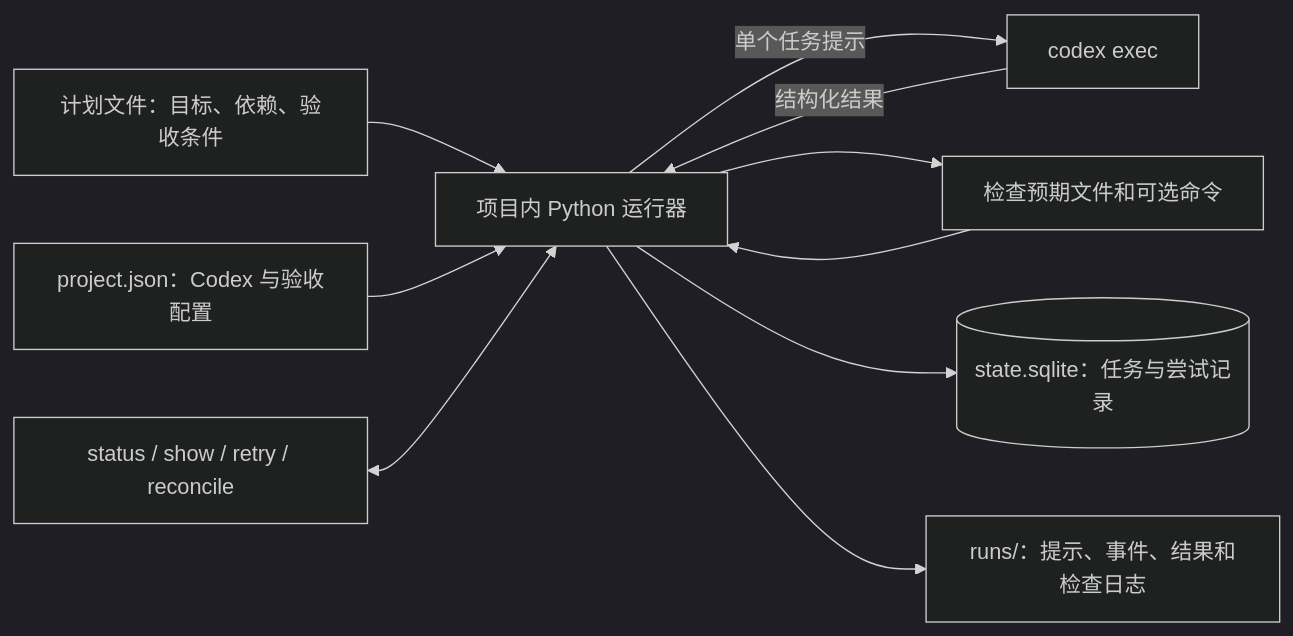
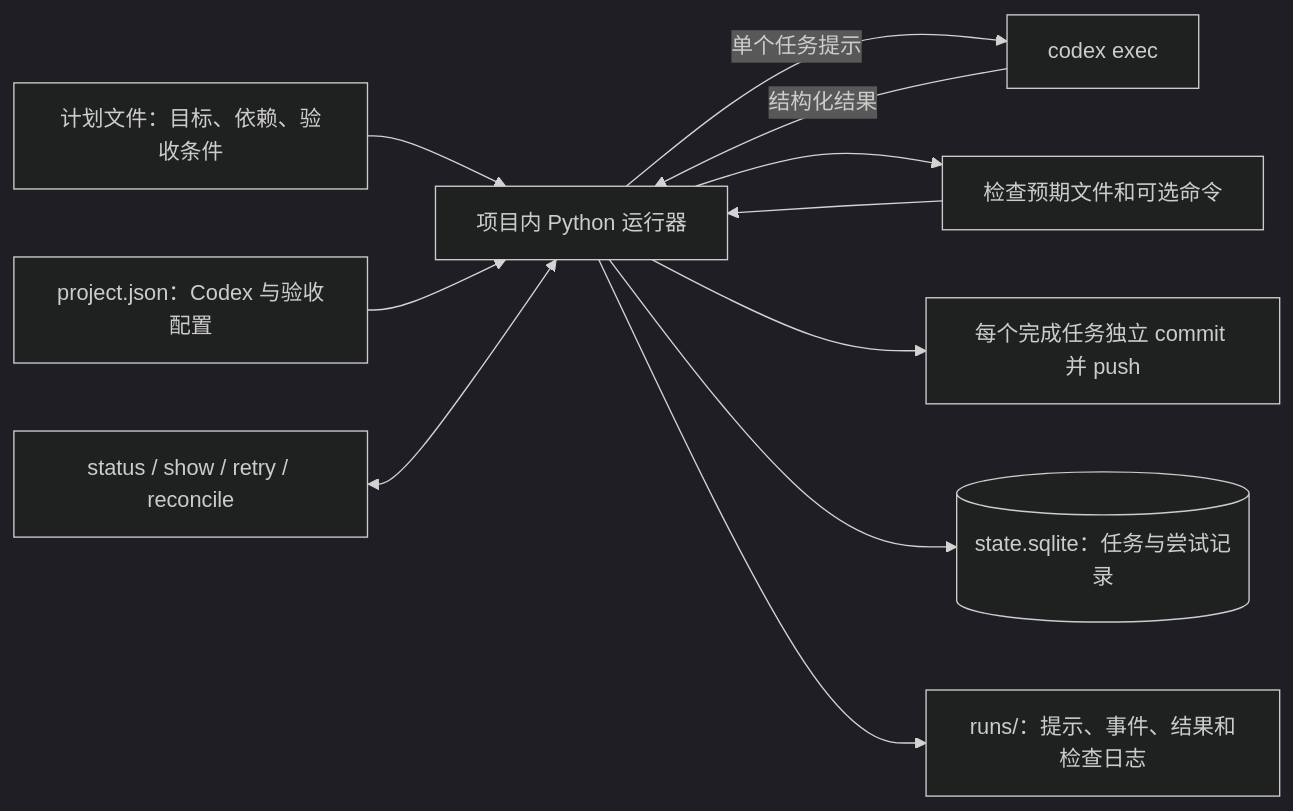
The second of 2 diagrams in README.zh-CN.md (bingghost/autorun_codex), drawn with Mermaid (dark theme) before and after one commit. The commit also changed other lines of this file and 18 other files, not shown here.

````diff
--- a/README.zh-CN.md
+++ b/README.zh-CN.md
@@ -58,12 +59,13 @@
 ```mermaid
 flowchart LR
     P["计划文件：目标、依赖、验收条件"] --> R["项目内 Python 运行器"]
     C["project.json：Codex 与验收配置"] --> R
     R -->|"单个任务提示"| X["codex exec"]
     X -->|"结构化结果"| R
     R --> V["检查预期文件和可选命令"]
     V --> R
+    R --> G["每个完成任务独立 commit 并 push"]
     R --> S[("state.sqlite：任务与尝试记录")]
     R --> L["runs/：提示、事件、结果和检查日志"]
     Q["status / show / retry / reconcile"] <--> R
 ```
````
